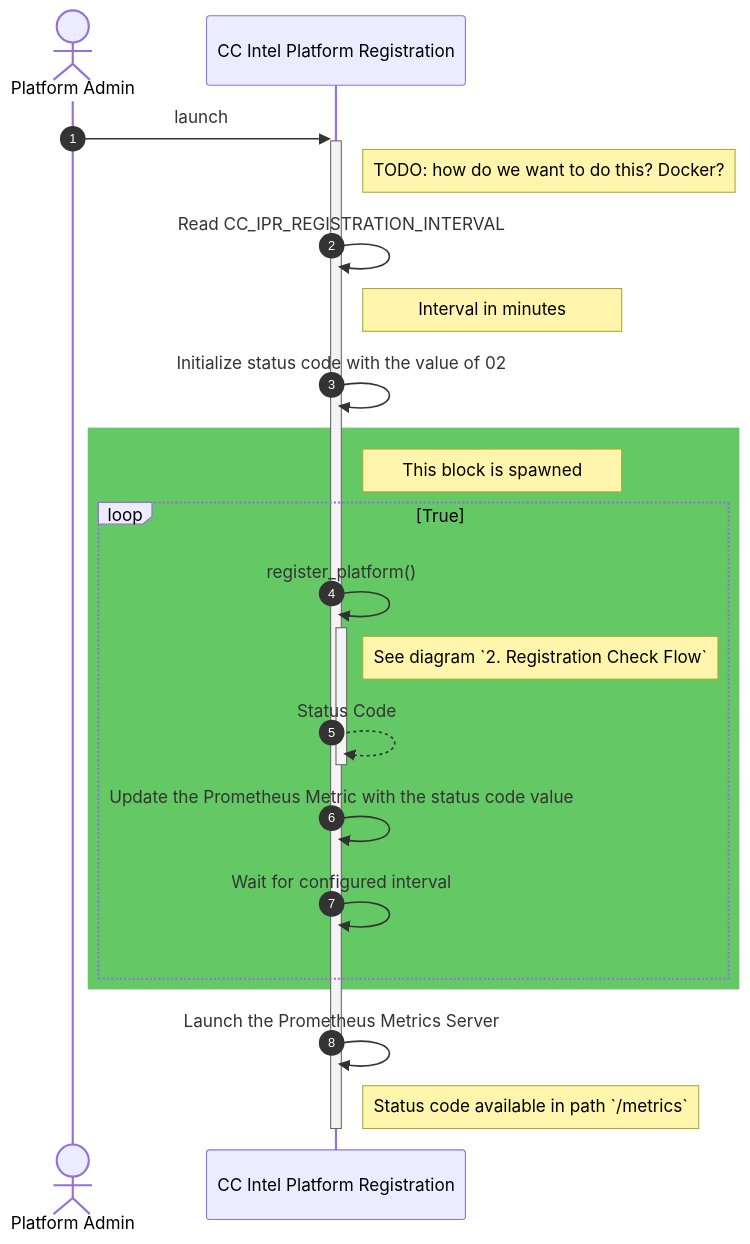
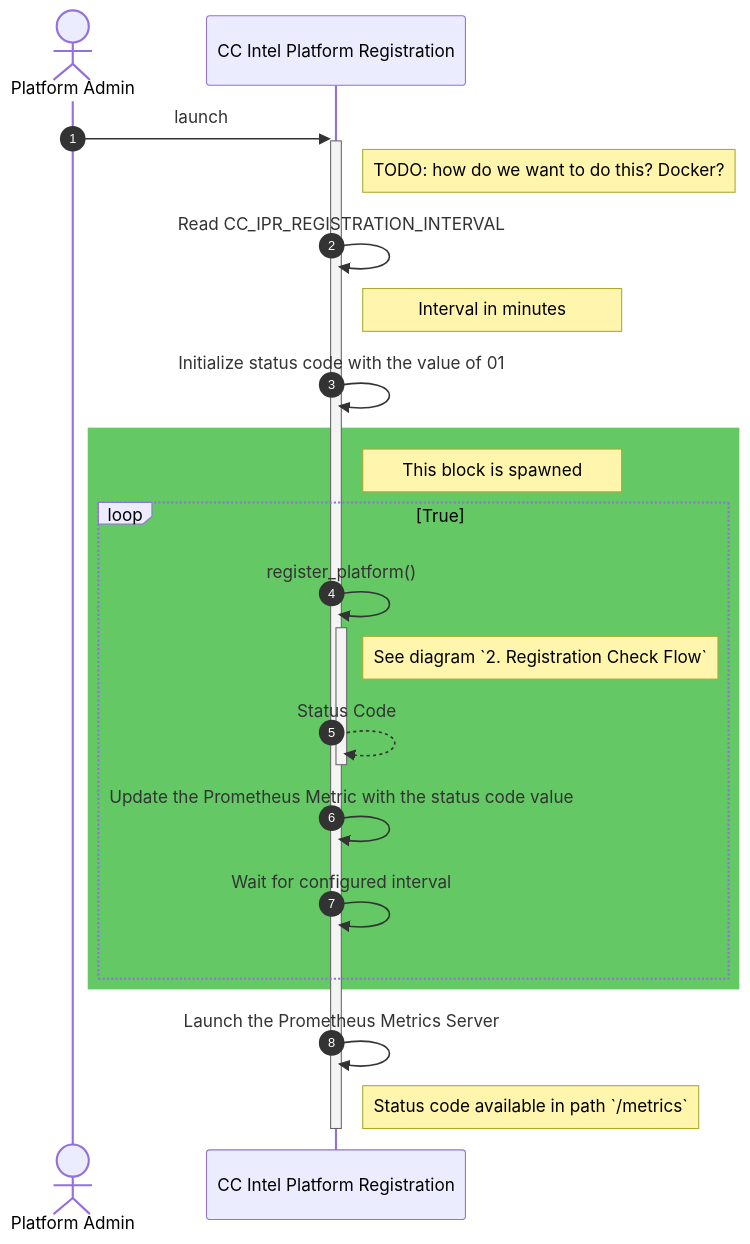
Before and after one commit to opensovereigncloud/cc-intel-platform-registration: the first of 3 diagrams in docs/sequence_diagrams/registration.md, drawn with Mermaid. The commit also changed other lines of this file, not shown here.

````diff
--- a/docs/sequence_diagrams/registration.md
+++ b/docs/sequence_diagrams/registration.md
@@ -45,34 +45,34 @@
 ```mermaid
 sequenceDiagram
     actor admin as Platform Admin
     participant cc_ipr as CC Intel Platform Registration
     
     autonumber
 
     admin->>+cc_ipr: launch
         note right of cc_ipr: TODO: how do we want to do this? Docker?
 
         cc_ipr->>cc_ipr: Read CC_IPR_REGISTRATION_INTERVAL
         note right of cc_ipr: Interval in minutes
 
-        cc_ipr->>cc_ipr: Initialize status code with the value of 02
+        cc_ipr->>cc_ipr: Initialize status code with the value of 01
 
         rect rgb(100, 200, 100)
             note right of cc_ipr: This block is spawned
             
             loop True
                 cc_ipr->>+cc_ipr: register_platform()
                     note right of cc_ipr: See diagram `2. Registration Check Flow`
                 cc_ipr-->>-cc_ipr: Status Code
 
                 cc_ipr->>cc_ipr: Update the Prometheus Metric with the status code value
 
                 cc_ipr->>cc_ipr: Wait for configured interval
             end
         end
 
         cc_ipr->>cc_ipr: Launch the Prometheus Metrics Server
         note right of cc_ipr: Status code available in path `/metrics`
 
     deactivate cc_ipr
 ```
````
